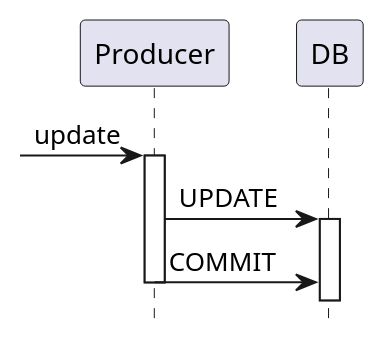
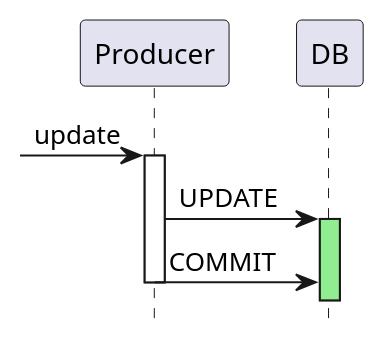
The diagram in patterns/devoxx/3_consumer_callback_race_vs_producer_commit.puml (victorrentea/kafka), drawn with PlantUML before and after one commit. The commit also changed 4 other files, not shown here.

```diff
--- a/patterns/devoxx/3_consumer_callback_race_vs_producer_commit.puml
+++ b/patterns/devoxx/3_consumer_callback_race_vs_producer_commit.puml
@@ -1,24 +1,24 @@
 @startuml
 'title Consumer Callback Race vs Produce DB Replication
 hide footbox
 participant Producer
 participant DB
 
 -> Producer++:update
-Producer -> DB++ : UPDATE
+Producer -> DB++#lightgreen : UPDATE
 
 '⭐️uncomment bellow, in chunks
 'Producer --> Consumer++: UpdatedEvent {id}
 
 'Consumer->Producer: GET /{id}   **// callback**
 
 'Producer++
-'Producer->DB++: <font color=red> SELECT
+'Producer->DB++#lightblue: <font color=red> SELECT
 'DB--
 'Producer-->Consumer: <font color=red>  old data
 'Producer--
 
 Producer -> DB--: COMMIT
 Producer--
 
 @enduml
```
